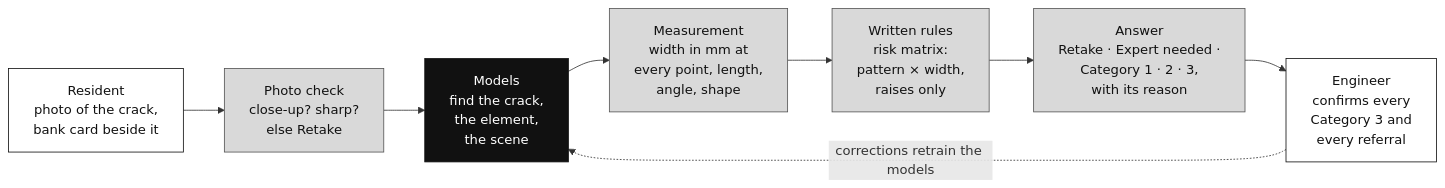
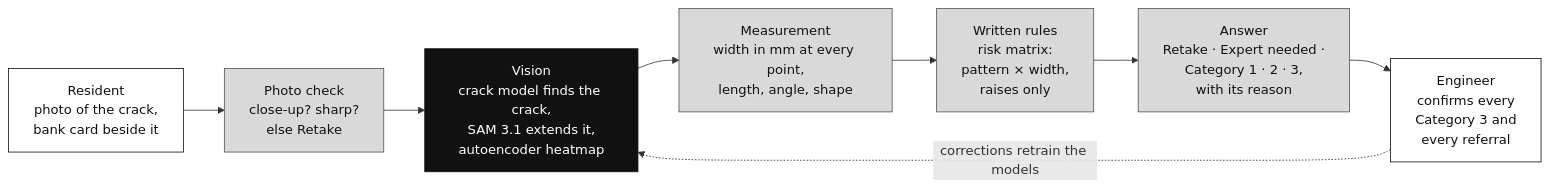
One commit to wulfluis/operable_futures_research_studio_2026_Team_Jerome_Luis changed the diagram in README.md. Above: the diagram before and after it, drawn with Mermaid. The commit also changed other lines of this file and 36 other files, not shown here.

Commit message:
README in the hackathon style with the word mark and the crack viewer animation; every crack traced (D88), SAM 3.1 extends the crack (D91), autoencoder heatmap (D89), field photos in every simulation (D87), no unrelated photo pairs (D90, D91)

````diff
--- a/README.md
+++ b/README.md
@@ -25,16 +54,16 @@
 ```mermaid
 flowchart LR
     A["Resident<br/>photo of the crack,<br/>bank card beside it"] --> B["Photo check<br/>close-up? sharp?<br/>else Retake"]
-    B --> C["Models<br/>find the crack,<br/>the element,<br/>the scene"]
-    C --> D["Measurement<br/>width in mm at<br/>every point, length,<br/>angle, shape"]
+    B --> C["Vision<br/>crack model finds the crack,<br/>SAM 3.1 extends it,<br/>autoencoder heatmap"]
+    C --> D["Measurement<br/>width in mm at every point,<br/>length, angle, shape"]
     D --> E["Written rules<br/>risk matrix:<br/>pattern × width,<br/>raises only"]
     E --> F["Answer<br/>Retake · Expert needed ·<br/>Category 1 · 2 · 3,<br/>with its reason"]
     F --> G["Engineer<br/>confirms every<br/>Category 3 and<br/>every referral"]
     G -. "corrections retrain the models" .-> C
     classDef person fill:#ffffff,stroke:#111111,color:#111111
     classDef rule fill:#d9d9d9,stroke:#555555,color:#111111
     classDef model fill:#111111,stroke:#111111,color:#ffffff
     class A,G person
     class B,D,E,F rule
     class C model
 ```
````
